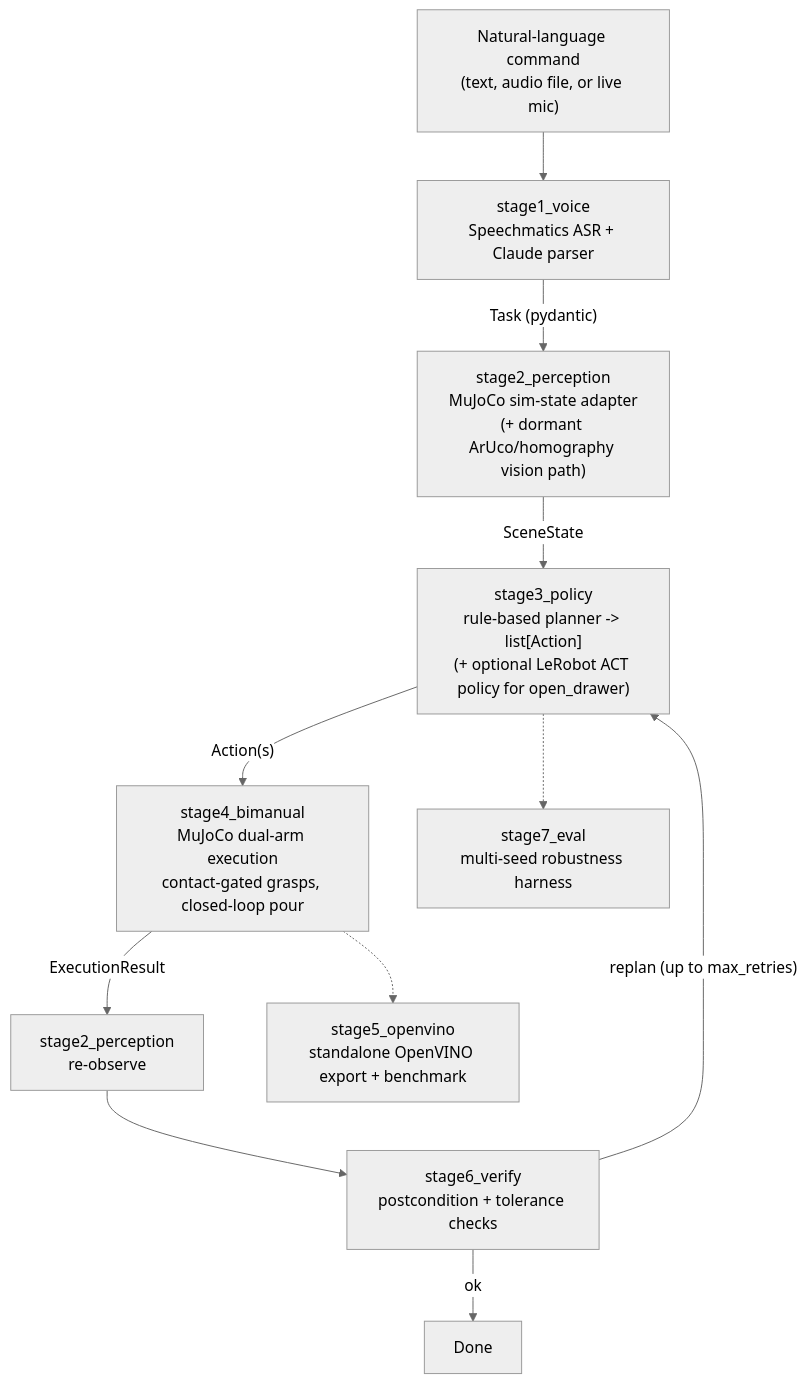
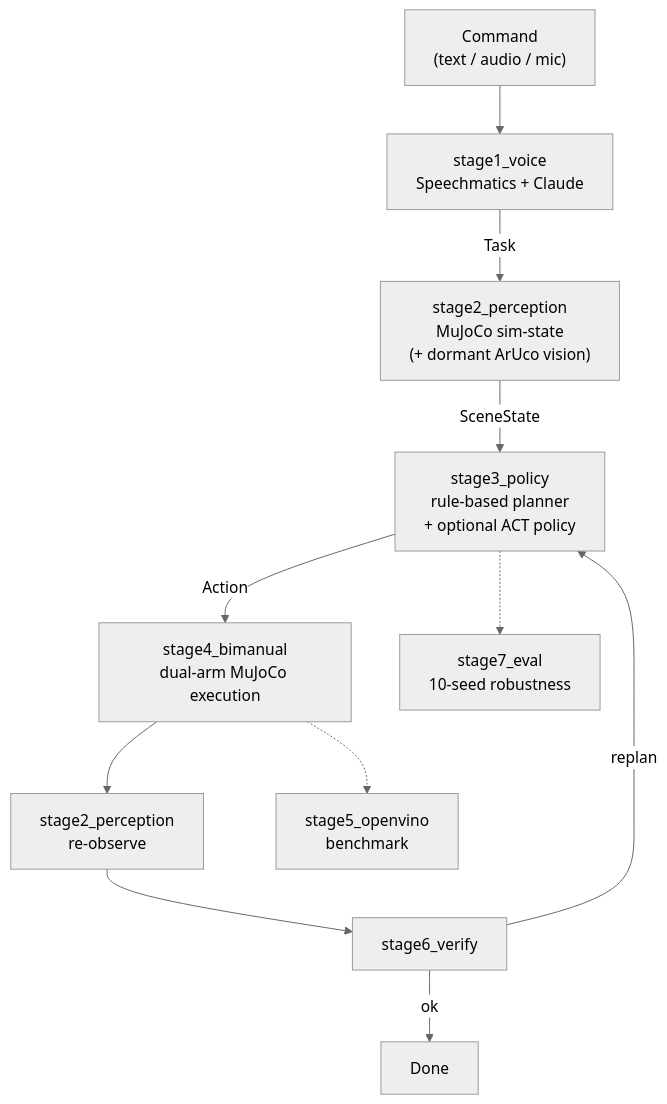
Before and after one commit to Data-Laur/butler-ai: the diagram in README.md, drawn with Mermaid (neutral theme). The commit also changed other lines of this file and 1 other file, not shown here.

````diff
--- a/README.md
+++ b/README.md
@@ -87,13 +46,12 @@
 ```mermaid
 flowchart TD
-    A["Natural-language command<br/>(text, audio file, or live mic)"] --> B["stage1_voice<br/>Speechmatics ASR + Claude parser"]
-    B -->|"Task (pydantic)"| C["stage2_perception<br/>MuJoCo sim-state adapter<br/>(+ dormant ArUco/homography vision path)"]
-    C -->|"SceneState"| D["stage3_policy<br/>rule-based planner -> list[Action]<br/>(+ optional LeRobot ACT policy for open_drawer)"]
-    D -->|"Action(s)"| E["stage4_bimanual<br/>MuJoCo dual-arm execution<br/>contact-gated grasps, closed-loop pour"]
-    E -->|"ExecutionResult"| F["stage2_perception<br/>re-observe"]
-    F --> G["stage6_verify<br/>postcondition + tolerance checks"]
-    G -->|"ok"| H["Done"]
-    G -->|"replan (up to max_retries)"| D
-    E -.-> I["stage5_openvino<br/>standalone OpenVINO export + benchmark"]
-    D -.-> J["stage7_eval<br/>multi-seed robustness harness"]
+    A["Command<br/>(text / audio / mic)"] --> B["stage1_voice<br/>Speechmatics + Claude"]
+    B -->|Task| C["stage2_perception<br/>MuJoCo sim-state<br/>(+ dormant ArUco vision)"]
+    C -->|SceneState| D["stage3_policy<br/>rule-based planner<br/>+ optional ACT policy"]
+    D -->|Action| E["stage4_bimanual<br/>dual-arm MuJoCo execution"]
+    E --> F["stage2_perception<br/>re-observe"] --> G["stage6_verify"]
+    G -->|ok| H["Done"]
+    G -->|replan| D
+    E -.-> I["stage5_openvino<br/>benchmark"]
+    D -.-> J["stage7_eval<br/>10-seed robustness"]
 ```
````
